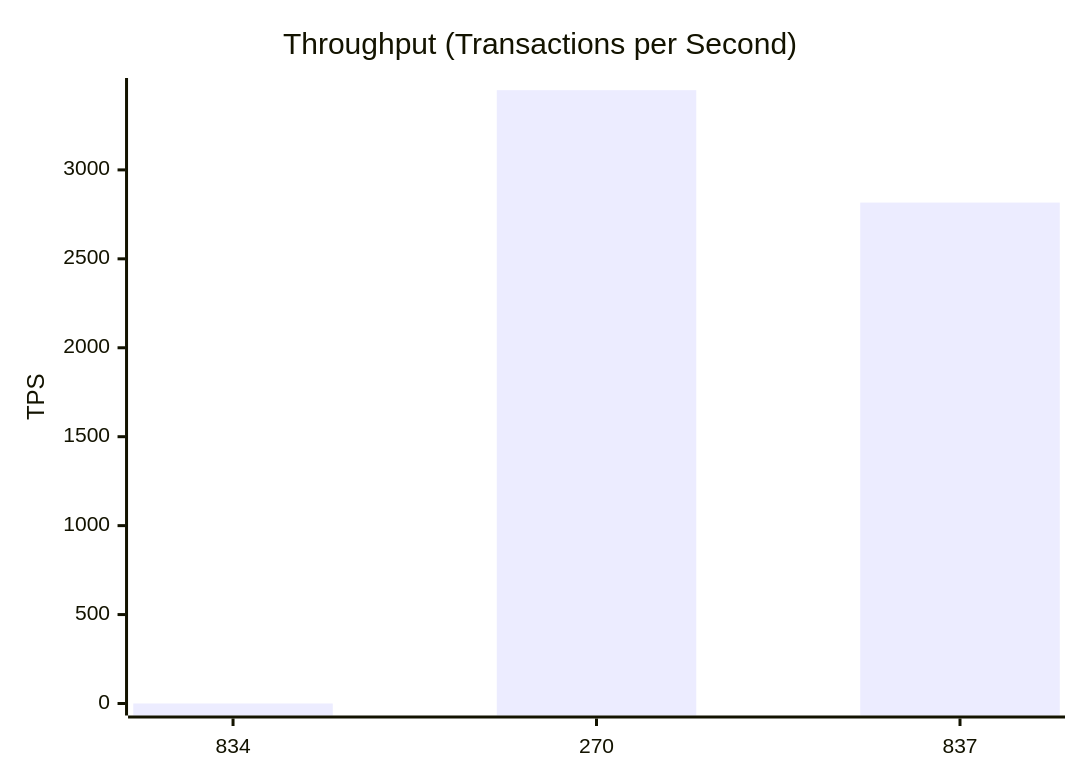
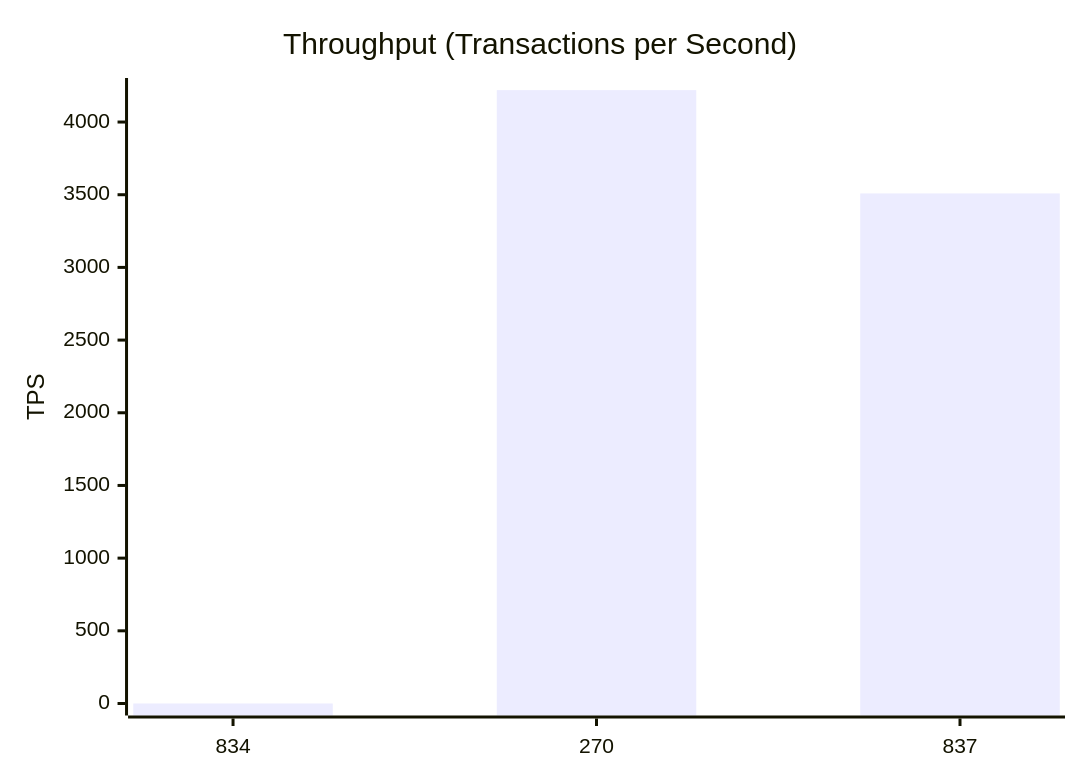
One commit to dhagan-va/intern-2025 changed the second of 10 diagrams in test-tools/DataGen/src/Statistics_Visualizer.md. Above: the diagram before and after it, drawn with Mermaid. The commit also changed other lines of this file and 2 other files, not shown here.

````diff
--- a/test-tools/DataGen/src/Statistics_Visualizer.md
+++ b/test-tools/DataGen/src/Statistics_Visualizer.md
@@ -28,7 +28,7 @@
 ```mermaid
 xychart-beta
     title "Throughput (Transactions per Second)"
     x-axis ["834", "270", "837"]
-    y-axis "TPS" 0 --> 3449.156960104824
-    bar [0.0, 3448.156960104824, 2816.1081385525204]
+    y-axis "TPS" 0 --> 4220.409282700422
+    bar [0.0, 4219.409282700422, 3508.7719298245615]
 ```
````
